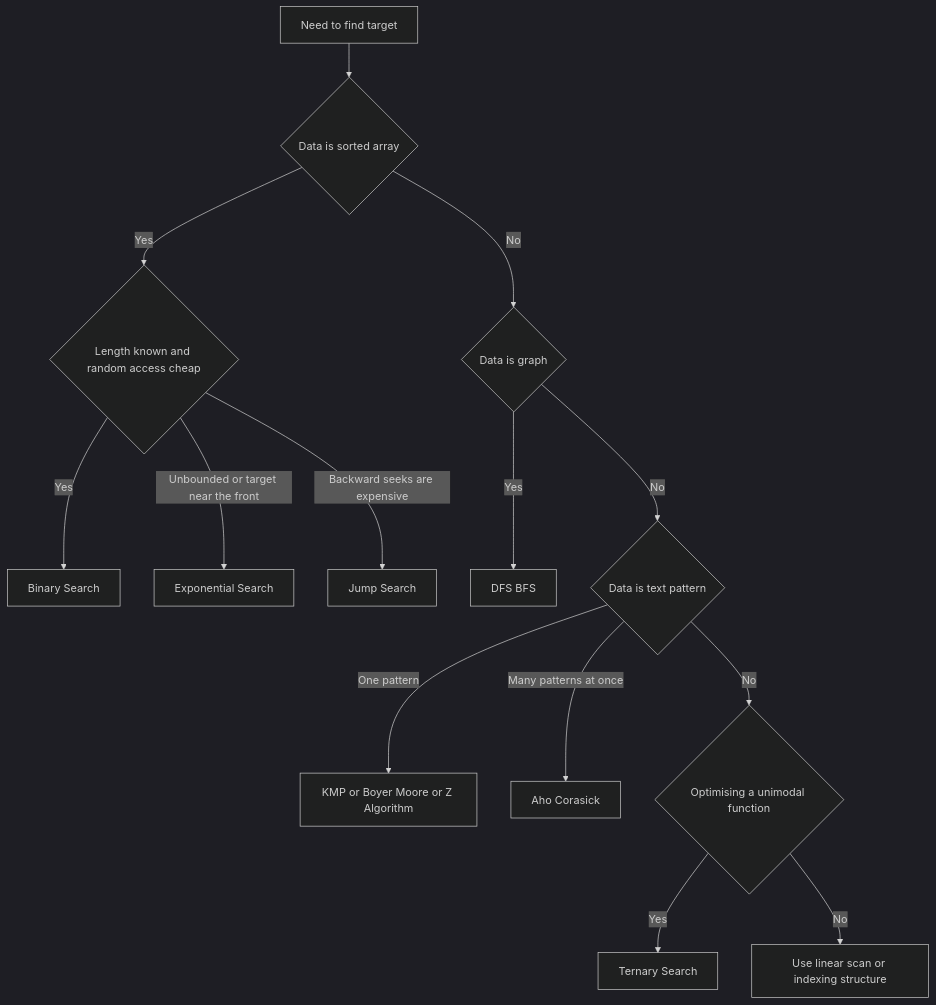
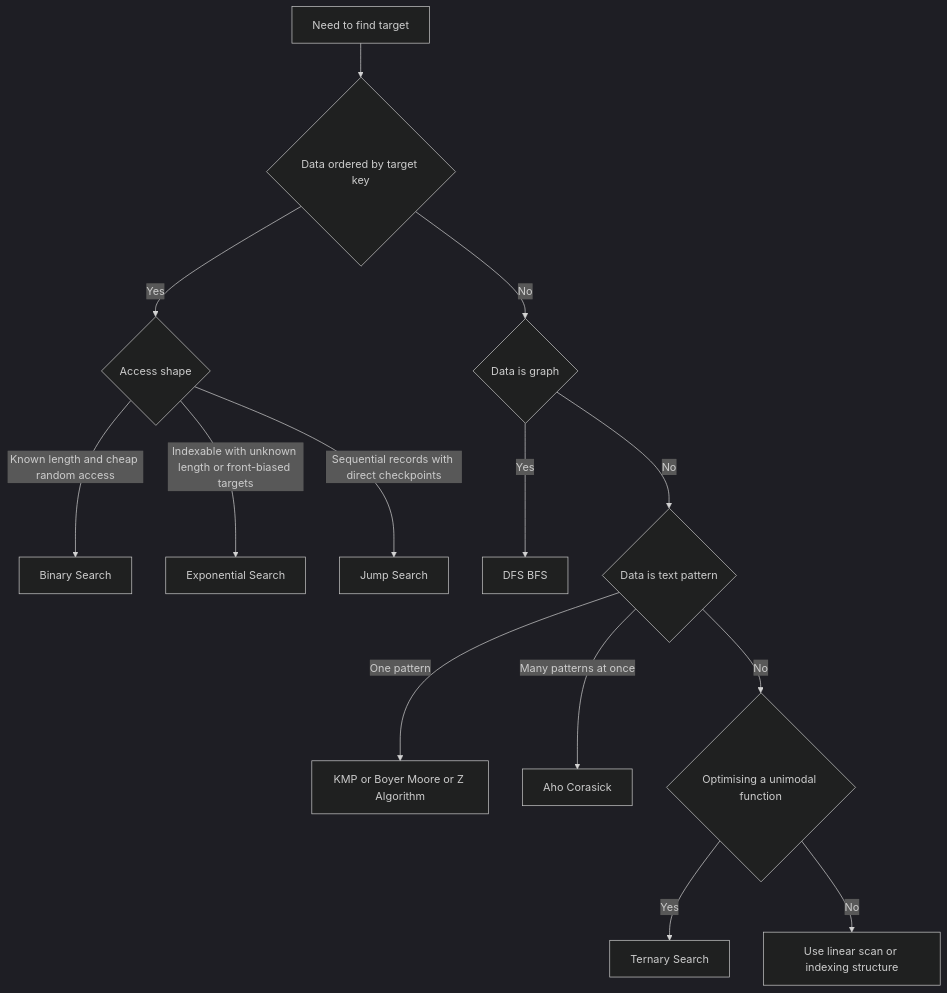
Before and after one commit to grafanaKibana/devbook.zip: the diagram in Vault/Home/Computer Science/Algorithms/Search Algorithms/Search Algorithms.md, drawn with Mermaid (dark theme). The commit also changed other lines of this file and 122 other files, not shown here.

````diff
--- a/Vault/Home/Computer Science/Algorithms/Search Algorithms/Search Algorithms.md
+++ b/Vault/Home/Computer Science/Algorithms/Search Algorithms/Search Algorithms.md
@@ -26,16 +26,16 @@
 ```mermaid
 flowchart TD
-  A[Need to find target] --> B{Data is sorted array}
-  B -->|Yes| C{Length known and random access cheap}
-  C -->|Yes| C1[Binary Search]
-  C -->|Unbounded or target near the front| C2[Exponential Search]
-  C -->|Backward seeks are expensive| C3[Jump Search]
+  A[Need to find target] --> B{Data ordered by target key}
+  B -->|Yes| C{Access shape}
+  C -->|Known length and cheap random access| C1[Binary Search]
+  C -->|Indexable with unknown length or front-biased targets| C2[Exponential Search]
+  C -->|Sequential records with direct checkpoints| C3[Jump Search]
   B -->|No| D{Data is graph}
   D -->|Yes| E[DFS BFS]
   D -->|No| F{Data is text pattern}
   F -->|One pattern| G[KMP or Boyer Moore or Z Algorithm]
   F -->|Many patterns at once| G2[Aho Corasick]
   F -->|No| H{Optimising a unimodal function}
   H -->|Yes| I[Ternary Search]
   H -->|No| J[Use linear scan or indexing structure]
 ```
````
